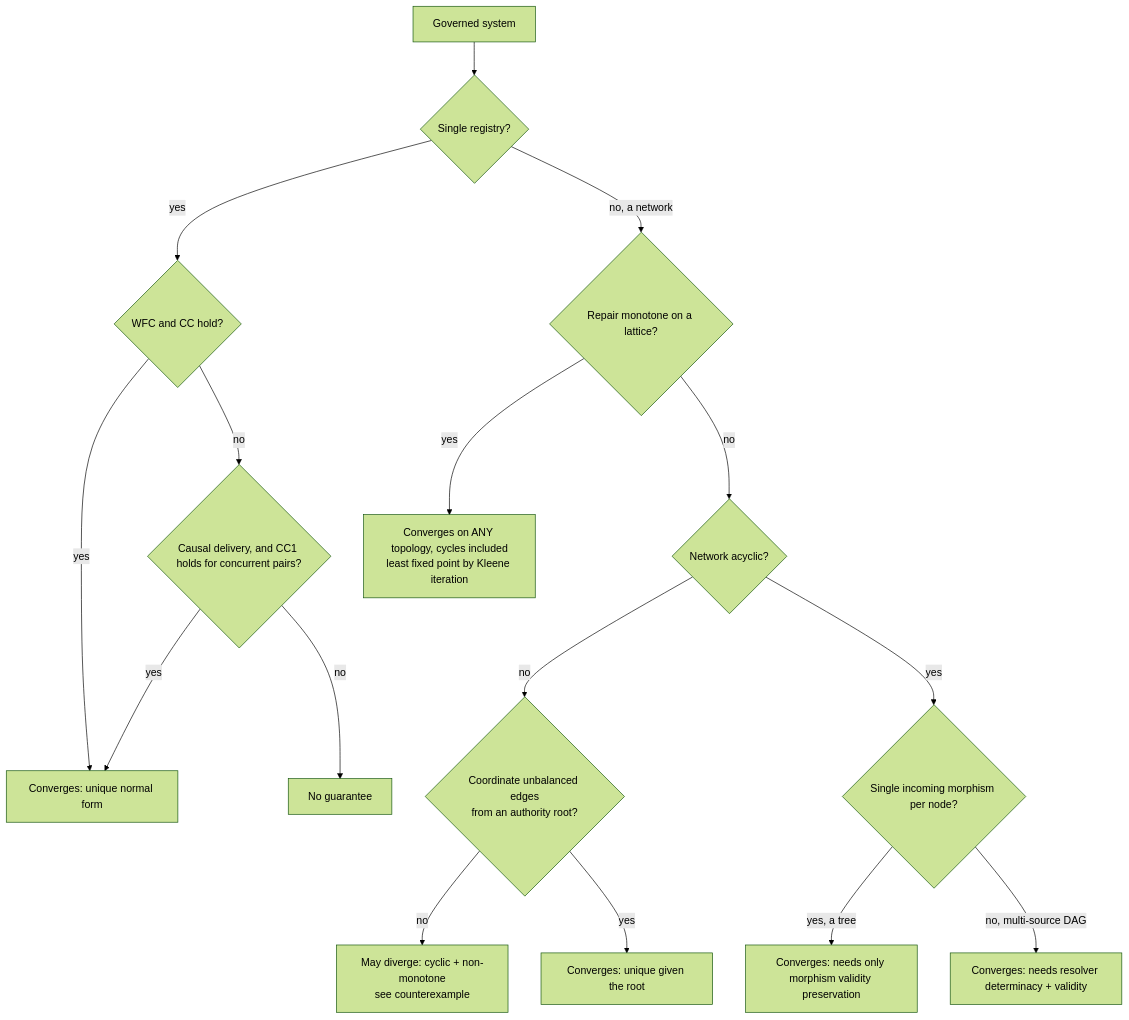
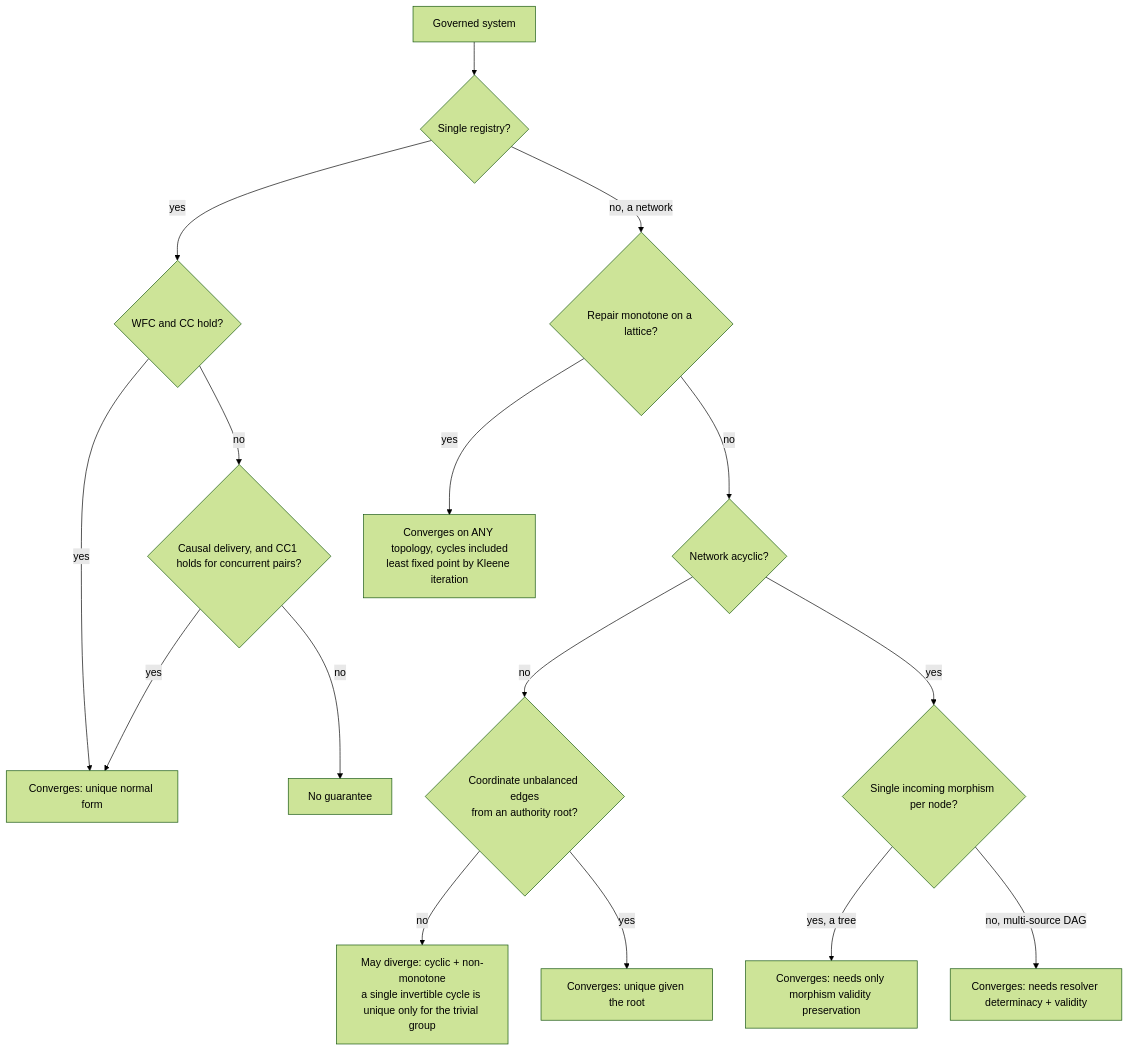
Before and after one commit to blackwell-systems/normalization-confluence: the diagram in REGIMES.md, drawn with Mermaid (forest theme). The commit also changed other lines of this file and 5 other files, not shown here.

````diff
--- a/REGIMES.md
+++ b/REGIMES.md
@@ -115,18 +144,18 @@
 ```mermaid
 flowchart TD
   A[Governed system] --> B{Single registry?}
   B -- yes --> C{WFC and CC hold?}
   C -- yes --> C1[Converges: unique normal form]
   C -- no --> C0{Causal delivery, and CC1 holds for concurrent pairs?}
   C0 -- yes --> C1
   C0 -- no --> C2[No guarantee]
   B -- no, a network --> D{Repair monotone on a lattice?}
   D -- yes --> D1[Converges on ANY topology, cycles included<br/>least fixed point by Kleene iteration]
   D -- no --> E{Network acyclic?}
   E -- no --> E0{Coordinate unbalanced edges<br/>from an authority root?}
-  E0 -- no --> E1[May diverge: cyclic + non-monotone<br/>see counterexample]
+  E0 -- no --> E1[May diverge: cyclic + non-monotone<br/>a single invertible cycle is unique only for the trivial group]
   E0 -- yes --> E2[Converges: unique given the root]
   E -- yes --> F{Single incoming morphism per node?}
   F -- yes, a tree --> F1[Converges: needs only morphism validity preservation]
   F -- no, multi-source DAG --> F2[Converges: needs resolver determinacy + validity]
 ```
````
